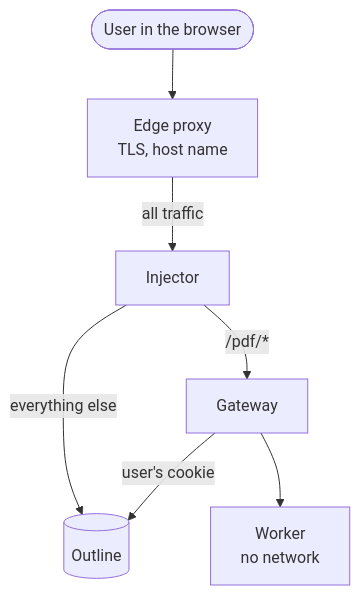
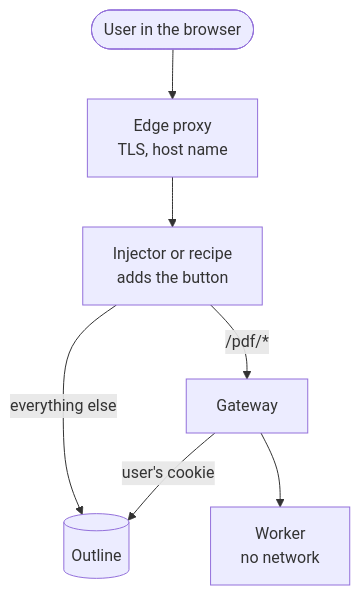
One commit to taskmedia/outprint changed the diagram in docs/install/README.md. Above: the diagram before and after it, drawn with Mermaid. The commit also changed other lines of this file and 38 other files, not shown here.

````diff
--- a/docs/install/README.md
+++ b/docs/install/README.md
@@ -30,16 +34,16 @@
 ```mermaid
 flowchart TB
     user([User in the browser])
     edge[Edge proxy<br/>TLS, host name]
-    inj[Injector]
+    inj[Injector or recipe<br/>adds the button]
     outline[(Outline)]
     gw[Gateway]
     wk[Worker<br/>no network]
 
     user --> edge
-    edge -->|all traffic| inj
+    edge --> inj
     inj -->|everything else| outline
     inj -->|/pdf/*| gw
     gw -->|user's cookie| outline
     gw --> wk
 ```
````
